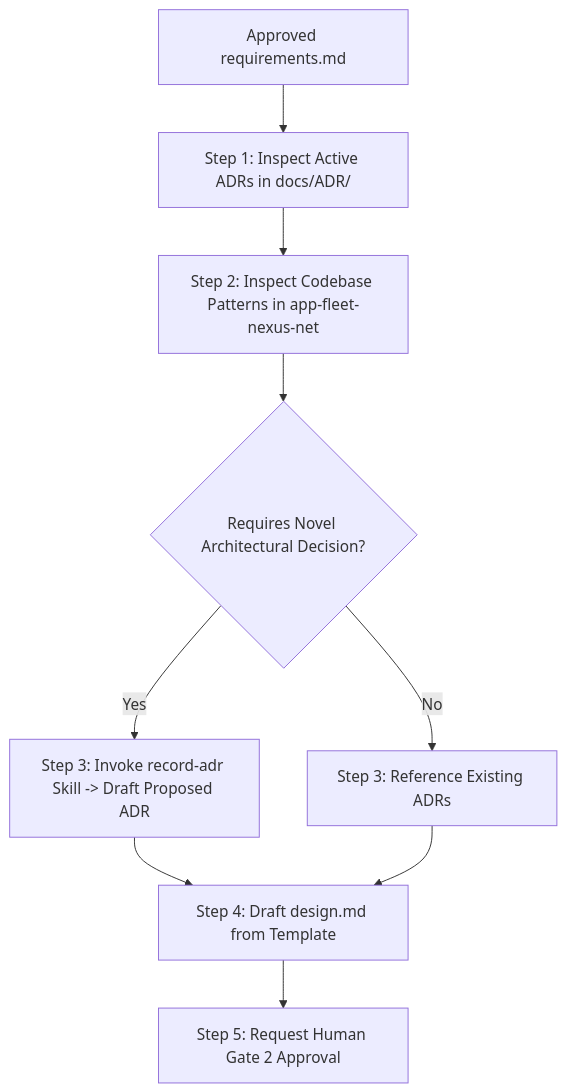
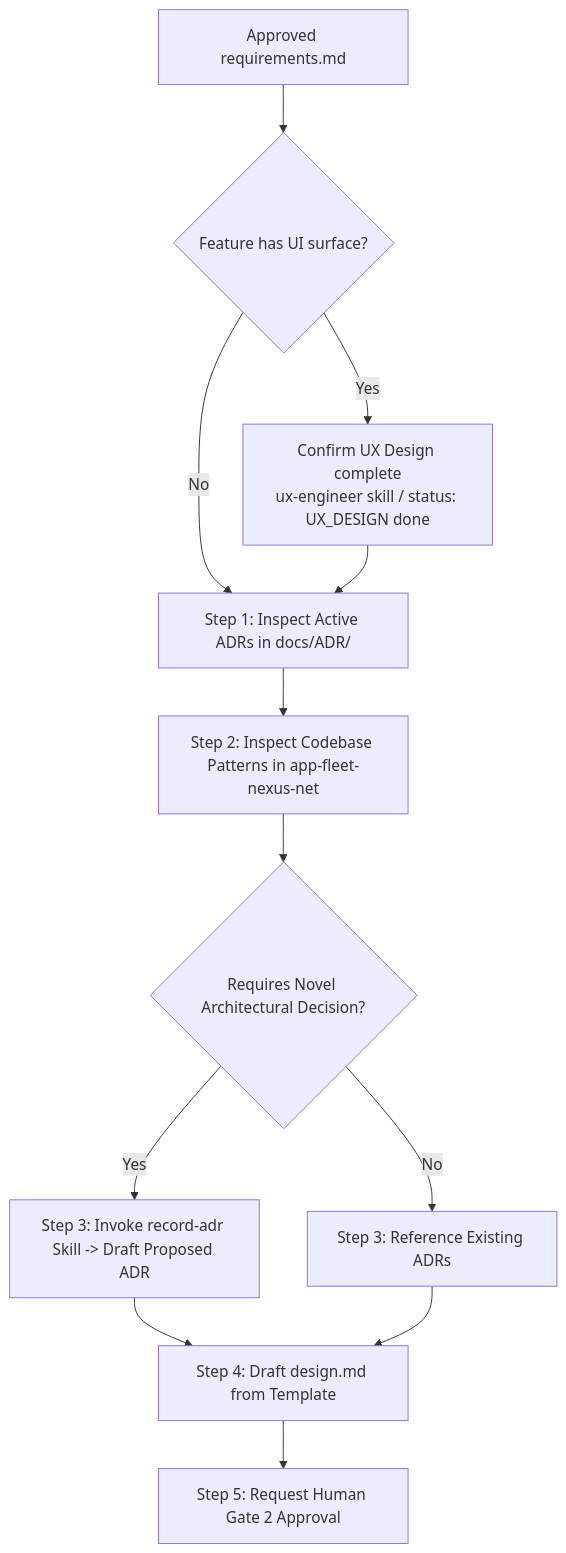
The diagram in .agents/skills/architecture-analysis/SKILL.md (abrahamck/fleet_solution), drawn with Mermaid before and after one commit. The commit also changed other lines of this file and 27 other files, not shown here.

Commit message:
feat: add ux-engineer agent skill and reference documentation

````diff
--- a/.agents/skills/architecture-analysis/SKILL.md
+++ b/.agents/skills/architecture-analysis/SKILL.md
@@ -26,11 +27,14 @@
 ```mermaid
 flowchart TD
-    A[Approved requirements.md] --> B[Step 1: Inspect Active ADRs in docs/ADR/]
-    B --> C[Step 2: Inspect Codebase Patterns in app-fleet-nexus-net]
-    C --> D{Requires Novel Architectural Decision?}
-    D -->|Yes| E[Step 3: Invoke record-adr Skill -> Draft Proposed ADR]
-    D -->|No| F[Step 3: Reference Existing ADRs]
-    E --> G[Step 4: Draft design.md from Template]
-    F --> G
-    G --> H[Step 5: Request Human Gate 2 Approval]
+    A[Approved requirements.md] --> B{Feature has UI surface?}
+    B -->|Yes| BU[Confirm UX Design complete\nux-engineer skill / status: UX_DESIGN done]
+    B -->|No| C
+    BU --> C[Step 1: Inspect Active ADRs in docs/ADR/]
+    C --> D[Step 2: Inspect Codebase Patterns in app-fleet-nexus-net]
+    D --> E{Requires Novel Architectural Decision?}
+    E -->|Yes| F[Step 3: Invoke record-adr Skill -> Draft Proposed ADR]
+    E -->|No| G[Step 3: Reference Existing ADRs]
+    F --> H[Step 4: Draft design.md from Template]
+    G --> H
+    H --> I[Step 5: Request Human Gate 2 Approval]
 ```
````
